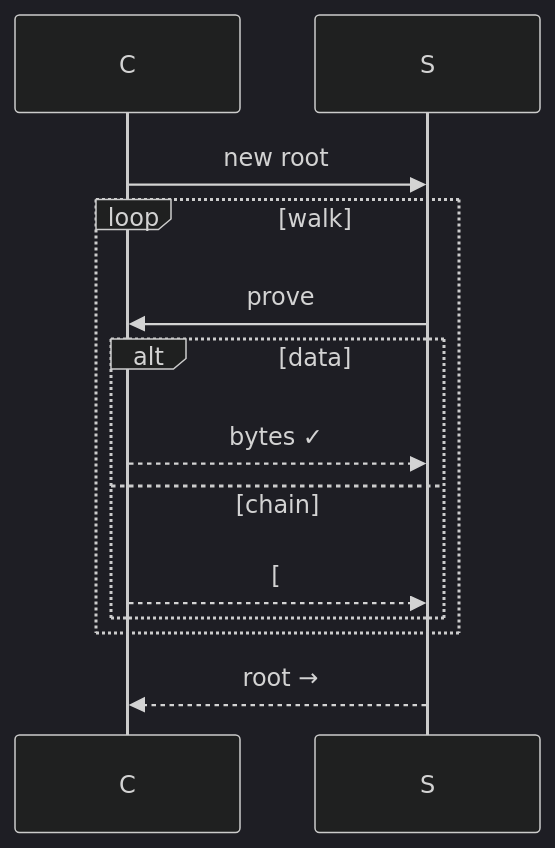
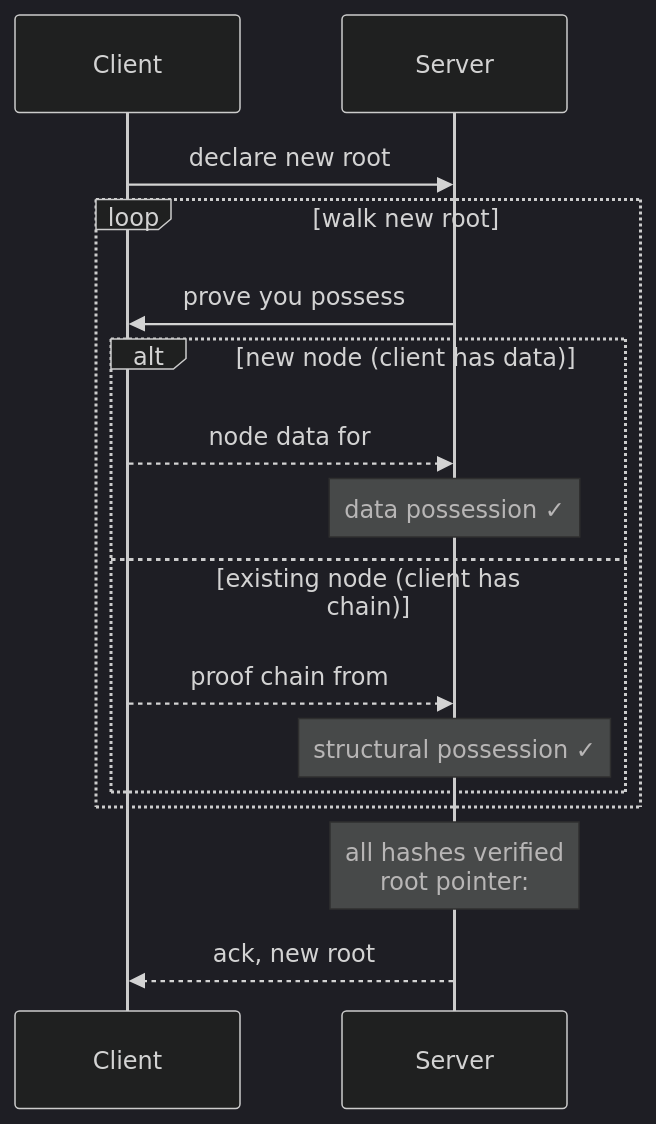
Before and after one commit to jclaggett/dacite: the fourth of 4 diagrams in docs/book/04-authorization/chapter.md, drawn with Mermaid (dark theme). The commit also changed other lines of this file and 1 other file, not shown here.

First line of the commit message:
Restore full mermaid diagrams in chapters 4 and 5

````diff
--- a/docs/book/04-authorization/chapter.md
+++ b/docs/book/04-authorization/chapter.md
@@ -91,13 +106,21 @@
 ```mermaid
 sequenceDiagram
-    C->>S: new root #R'
-    loop walk #R'
-        S->>C: prove #H
-        alt data
-            C-->>S: bytes ✓
-        else chain
-            C-->>S: [#R .. #H] ✓
+    participant C as Client
+    participant S as Server
+
+    C->>S: declare new root #R' (old root #R stays active)
+
+    loop walk new root #R'
+        S->>C: prove you possess #H
+        alt new node (client has data)
+            C-->>S: node data for #H
+            Note over S: data possession ✓
+        else existing node (client has chain)
+            C-->>S: proof chain from #R to #H
+            Note over S: structural possession ✓
         end
     end
-    S-->>C: root → #R'
+
+    Note over S: all hashes verified<br/>root pointer: #R → #R'
+    S-->>C: ack, new root #R'
 ```
````
